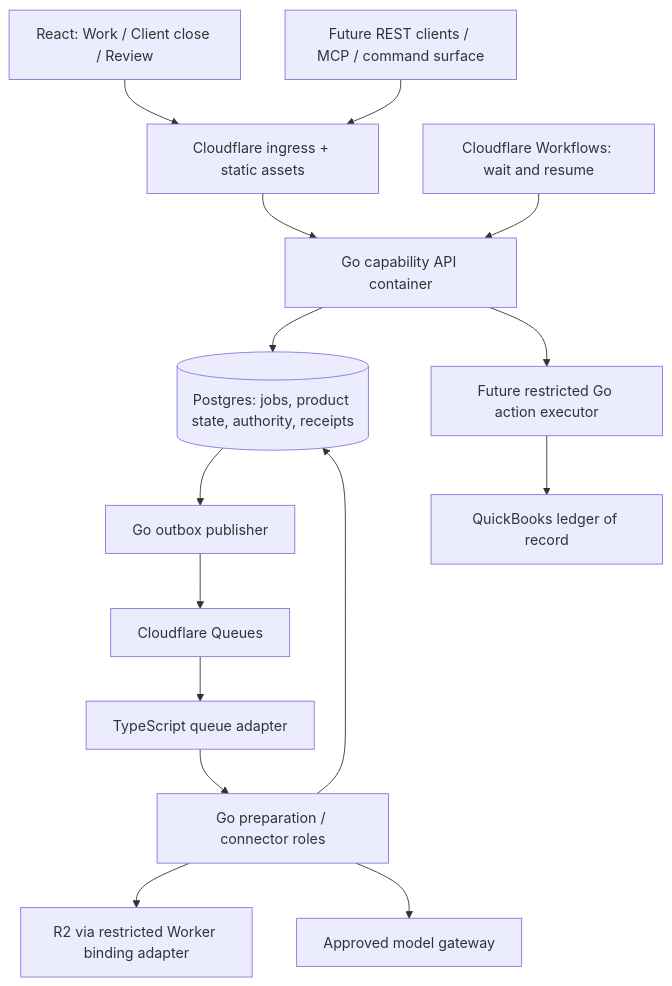
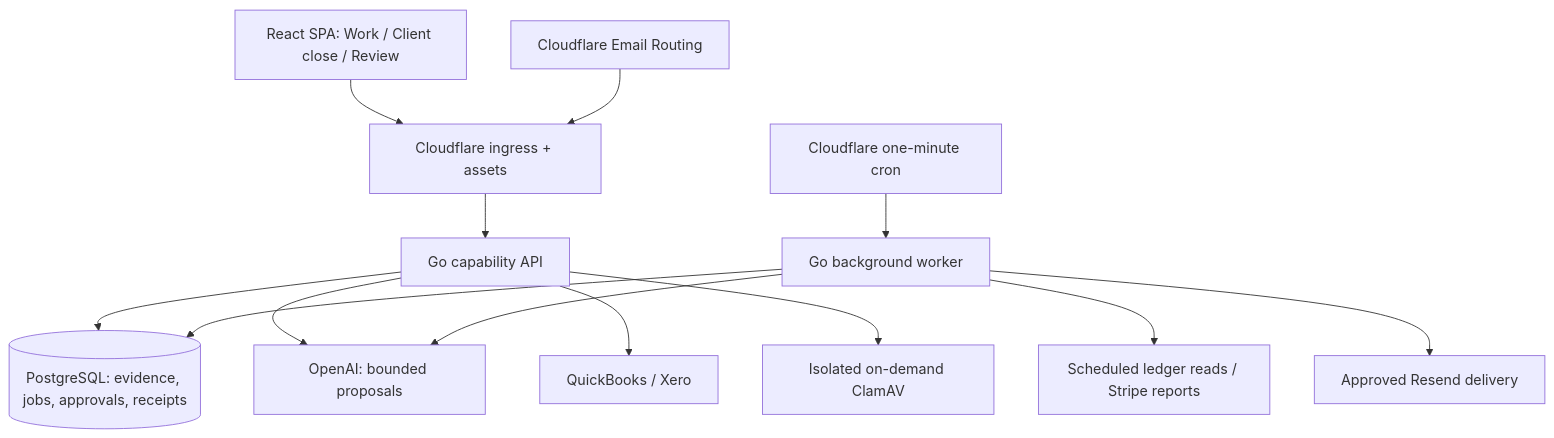
The diagram in docs/architecture.md (pbse/accounting), drawn with Mermaid before and after one commit. The commit also changed other lines of this file and 18 other files, not shown here.

````diff
--- a/docs/architecture.md
+++ b/docs/architecture.md
@@ -5,17 +5,15 @@
 ```mermaid
 flowchart TD
-  UI[React: Work / Client close / Review] --> Edge[Cloudflare ingress + static assets]
-  MCP[Future REST clients / MCP / command surface] --> Edge
-  Edge --> API[Go capability API container]
-  API --> DB[(Postgres: jobs, product state, authority, receipts)]
-  DB --> Outbox[Go outbox publisher]
-  Outbox --> Q[Cloudflare Queues]
-  Q --> Adapter[TypeScript queue adapter]
-  Adapter --> Worker[Go preparation / connector roles]
-  WF[Cloudflare Workflows: wait and resume] --> API
+  UI[React SPA: Work / Client close / Review] --> Edge[Cloudflare ingress + assets]
+  Edge --> API[Go capability API]
+  API --> DB[(PostgreSQL: evidence, jobs, approvals, receipts)]
+  Cron[Cloudflare one-minute cron] --> Worker[Go background worker]
   Worker --> DB
-  Worker --> R2[R2 via restricted Worker binding adapter]
-  Worker --> Models[Approved model gateway]
-  API --> Executor[Future restricted Go action executor]
-  Executor --> Ledger[QuickBooks ledger of record]
+  API --> Models[OpenAI: bounded proposals]
+  Worker --> Models
+  API --> Ledgers[QuickBooks / Xero]
+  Worker --> Reads[Scheduled ledger reads / Stripe reports]
+  Worker --> Mail[Approved Resend delivery]
+  Email[Cloudflare Email Routing] --> Edge
+  API --> Scanner[Isolated on-demand ClamAV]
 ```
````
